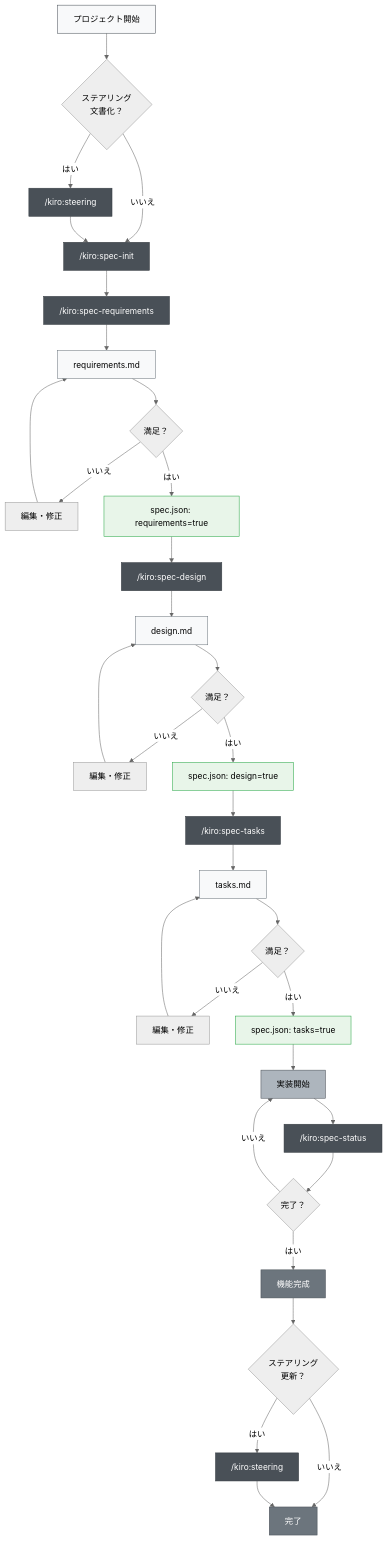
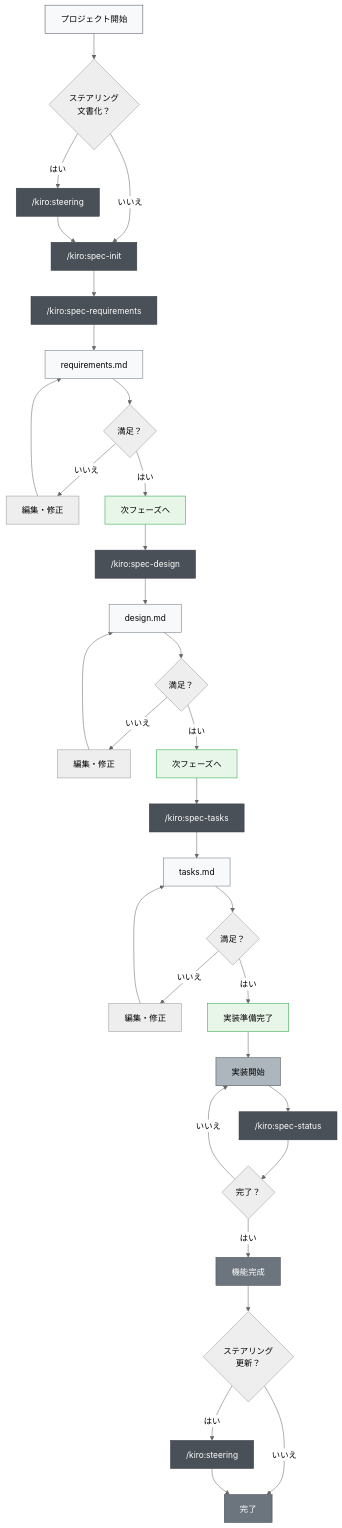
The first of 2 diagrams in README.md (yi-john-huang/amazonq-spec), drawn with Mermaid (neutral theme) before and after one commit. The commit also changed other lines of this file and 15 other files, not shown here.

````diff
--- a/README.md
+++ b/README.md
@@ -128,58 +119,58 @@
 ```mermaid
 graph TD
     A["プロジェクト開始"] --> B{"ステアリング<br/>文書化？"}
     B -->|はい| C["/kiro:steering"]
     B -->|いいえ| D["/kiro:spec-init"]
     C --> D
     
     D --> E["/kiro:spec-requirements"]
     E --> F["requirements.md"]
     F --> G{"満足？"}
     G -->|いいえ| G1["編集・修正"]
     G1 --> F
-    G -->|はい| H["spec.json: requirements=true"]
+    G -->|はい| H["次フェーズへ"]
     
     H --> I["/kiro:spec-design"]
     I --> J["design.md"]
     J --> K{"満足？"}
     K -->|いいえ| K1["編集・修正"]
     K1 --> J
-    K -->|はい| L["spec.json: design=true"]
+    K -->|はい| L["次フェーズへ"]
     
     L --> M["/kiro:spec-tasks"]
     M --> N["tasks.md"]
     N --> O{"満足？"}
     O -->|いいえ| O1["編集・修正"]
     O1 --> N
-    O -->|はい| P["spec.json: tasks=true"]
+    O -->|はい| P["実装準備完了"]
     
     P --> Q["実装開始"]
     Q --> R["/kiro:spec-status"]
     R --> S{"完了？"}
     S -->|いいえ| Q
     S -->|はい| T["機能完成"]
     
     T --> U{"ステアリング<br/>更新？"}
     U -->|はい| V["/kiro:steering"]
     U -->|いいえ| W["完了"]
     V --> W
     
     %% スタイル定義
     style A fill:#f8f9fa,stroke:#495057
     style C fill:#495057,stroke:#343a40,color:#ffffff
     style D fill:#495057,stroke:#343a40,color:#ffffff
     style E fill:#495057,stroke:#343a40,color:#ffffff
     style I fill:#495057,stroke:#343a40,color:#ffffff
     style M fill:#495057,stroke:#343a40,color:#ffffff
     style R fill:#495057,stroke:#343a40,color:#ffffff
     style V fill:#495057,stroke:#343a40,color:#ffffff
     style F fill:#f8f9fa,stroke:#6c757d
     style J fill:#f8f9fa,stroke:#6c757d
     style N fill:#f8f9fa,stroke:#6c757d
     style H fill:#e8f5e9,stroke:#28a745
     style L fill:#e8f5e9,stroke:#28a745
     style P fill:#e8f5e9,stroke:#28a745
     style Q fill:#adb5bd,stroke:#495057
     style T fill:#6c757d,stroke:#495057,color:#ffffff
     style W fill:#6c757d,stroke:#495057,color:#ffffff
 ```
````
